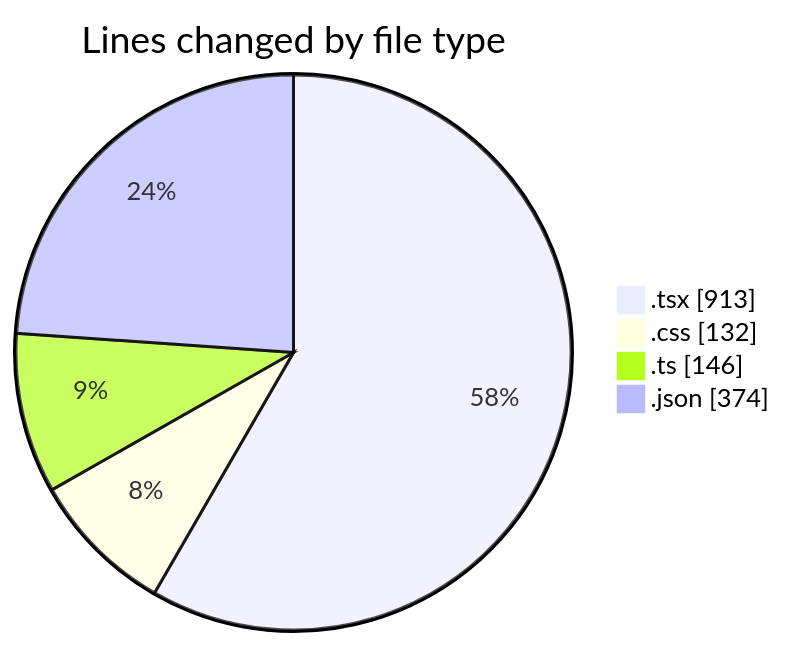
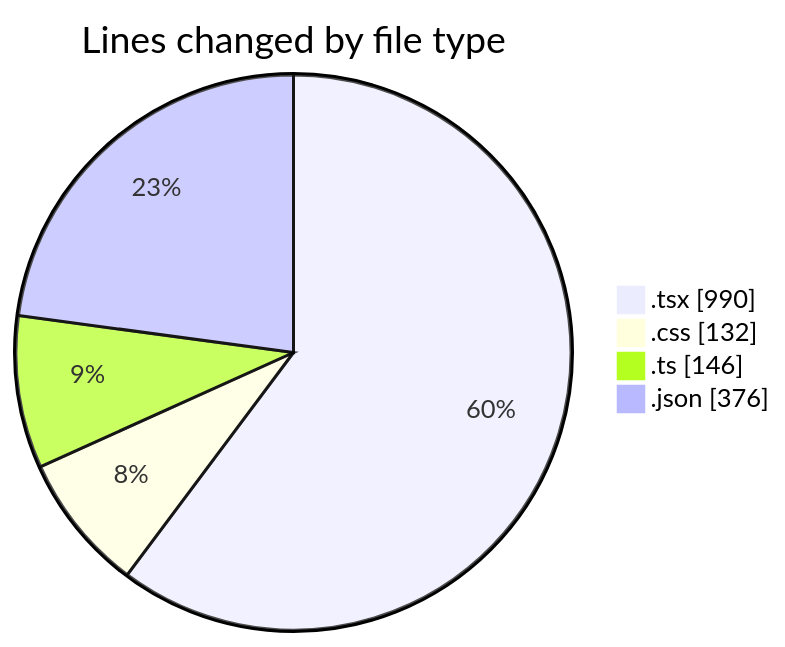
The first of 2 diagrams in 2025-05-06/niten/README.md (Elitesun/code-tracking), drawn with Mermaid before and after one commit. The commit also changed other lines of this file and 1 other file, not shown here.

````diff
--- a/2025-05-06/niten/README.md
+++ b/2025-05-06/niten/README.md
@@ -40,8 +42,8 @@
 ```mermaid
 pie showData
 title Lines changed by file type
-".tsx" : 913
+".tsx" : 990
 ".css" : 132
 ".ts" : 146
-".json" : 374
+".json" : 376
 ```
````
